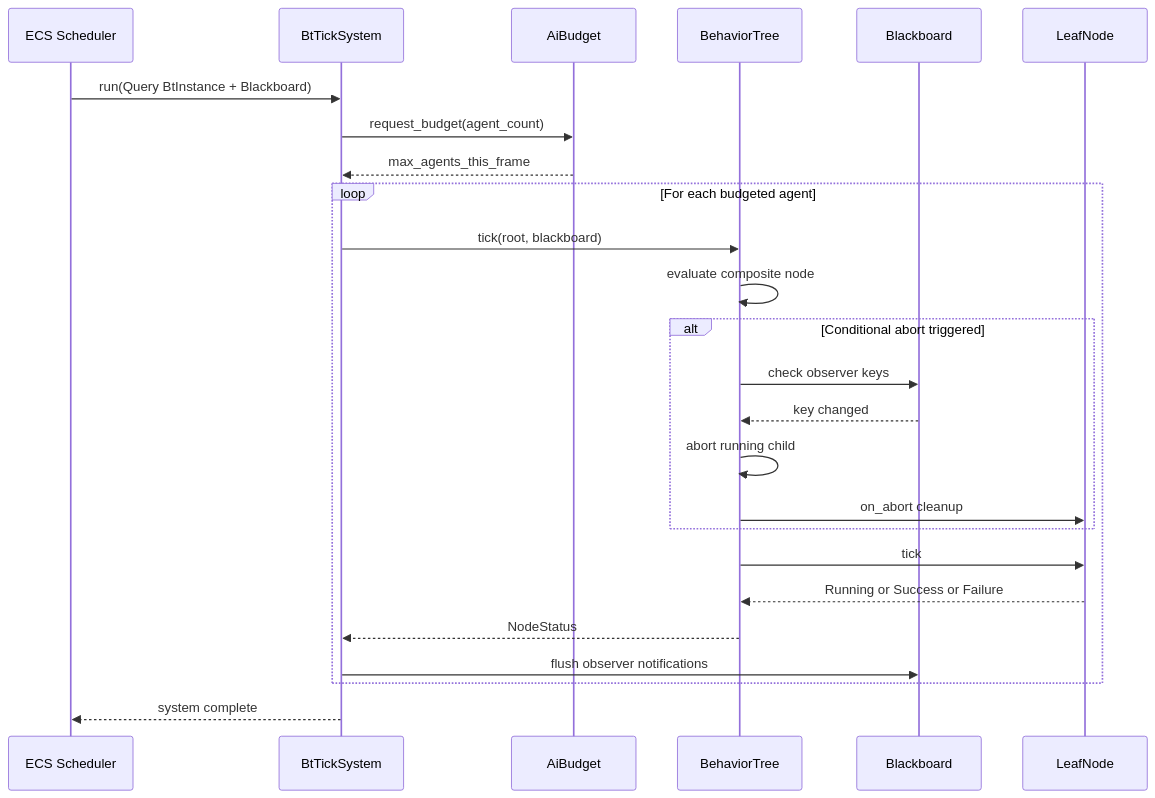
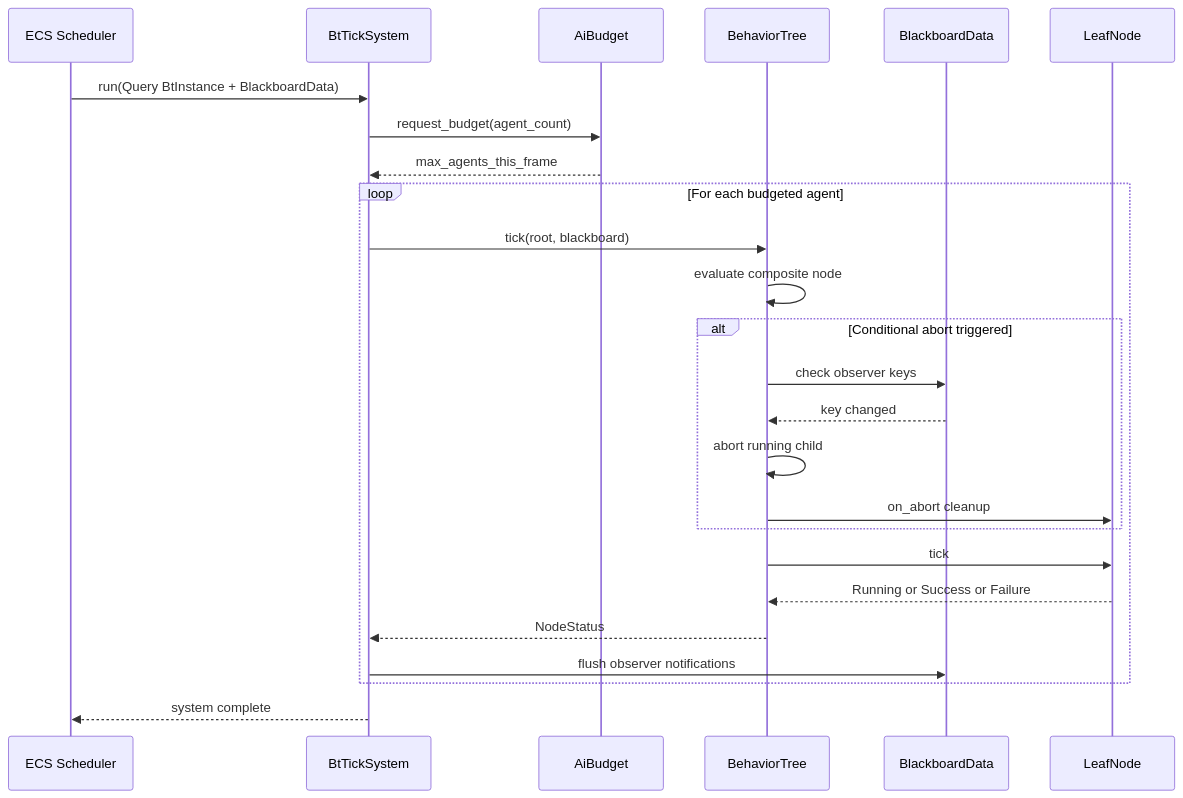
One commit to harmonius-dev/harmonius changed the sixth of 8 diagrams in docs/design/ai/behavior.md. Above: the diagram before and after it, drawn with Mermaid. The commit also changed other lines of this file and 143 other files, not shown here.

````diff
--- a/docs/design/ai/behavior.md
+++ b/docs/design/ai/behavior.md
@@ -2357,30 +2424,30 @@
 ```mermaid
 sequenceDiagram
     participant SC as ECS Scheduler
     participant BS as BtTickSystem
     participant BD as AiBudget
     participant BT as BehaviorTree
-    participant BB as Blackboard
+    participant BB as BlackboardData
     participant LF as LeafNode
 
-    SC->>BS: run(Query BtInstance + Blackboard)
+    SC->>BS: run(Query BtInstance + BlackboardData)
     BS->>BD: request_budget(agent_count)
     BD-->>BS: max_agents_this_frame
 
     loop For each budgeted agent
         BS->>BT: tick(root, blackboard)
         BT->>BT: evaluate composite node
         alt Conditional abort triggered
             BT->>BB: check observer keys
             BB-->>BT: key changed
             BT->>BT: abort running child
             BT->>LF: on_abort cleanup
         end
         BT->>LF: tick
         LF-->>BT: Running or Success or Failure
         BT-->>BS: NodeStatus
         BS->>BB: flush observer notifications
     end
 
     BS-->>SC: system complete
 ```
````
